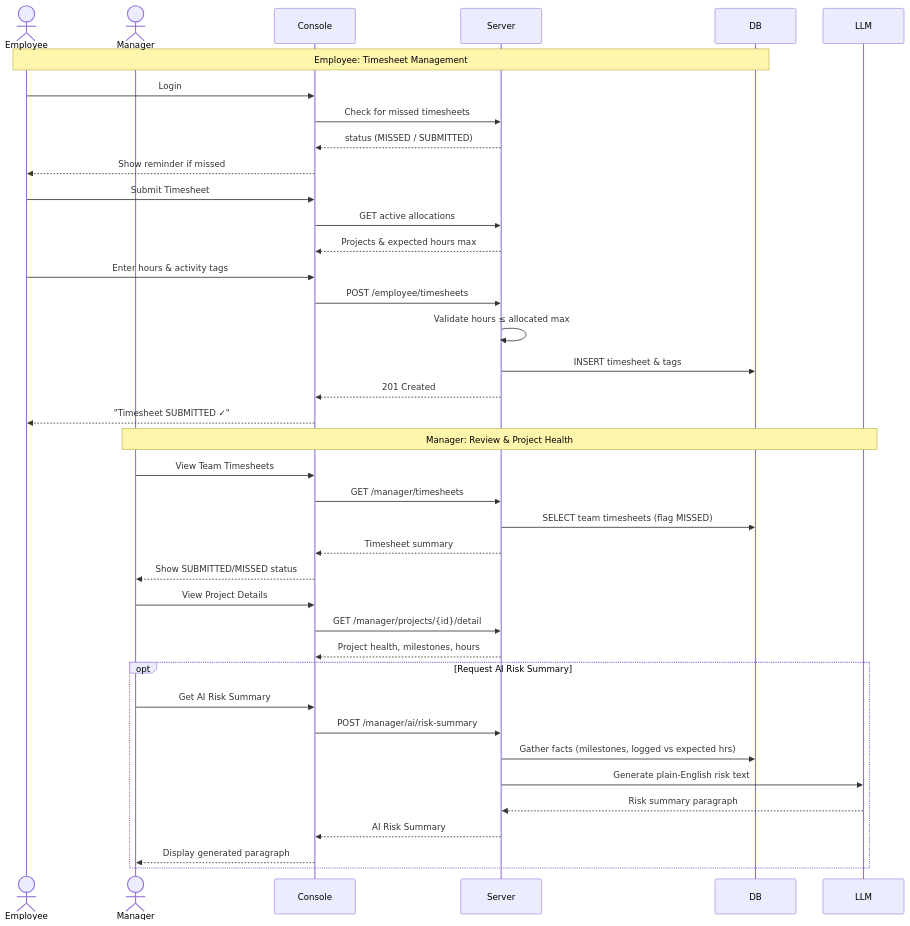
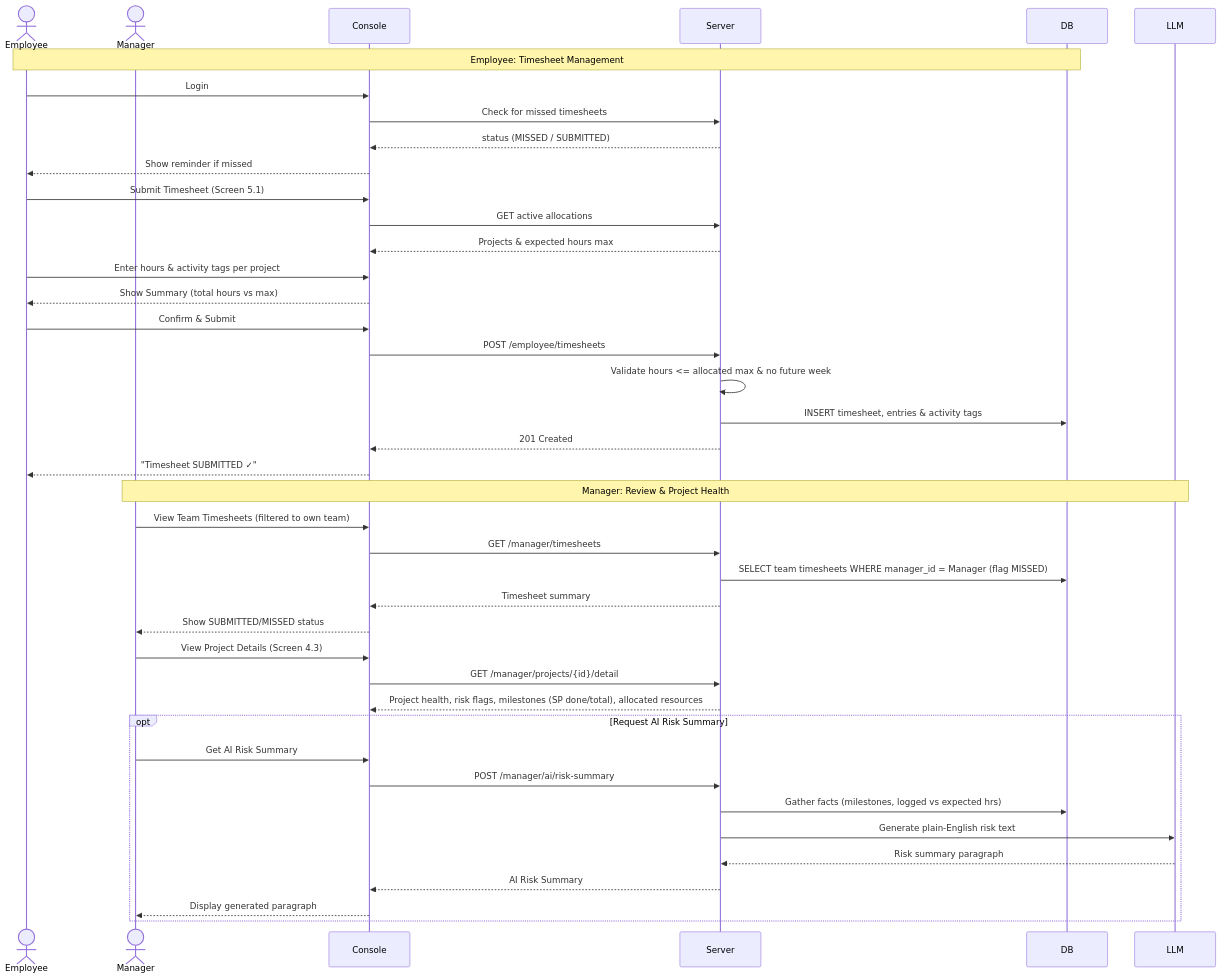
Before and after one commit to RiyaAmetaITT/Project-Resource-Management-tool: the fourth of 5 diagrams in UML Design/sequence_diagrams.md, drawn with Mermaid. The commit also changed other lines of this file and 4 other files, not shown here.

Commit message:
Updated the design diagrams

````diff
--- a/UML Design/sequence_diagrams.md
+++ b/UML Design/sequence_diagrams.md
@@ -151,46 +168,48 @@
 ```mermaid
 sequenceDiagram
     actor Employee
     actor Manager
     participant Console
     participant Server
     participant DB
     participant LLM
 
     Note over Employee,DB: Employee: Timesheet Management
     Employee->>Console: Login
     Console->>Server: Check for missed timesheets
     Server-->>Console: status (MISSED / SUBMITTED)
     Console-->>Employee: Show reminder if missed
 
-    Employee->>Console: Submit Timesheet
+    Employee->>Console: Submit Timesheet (Screen 5.1)
     Console->>Server: GET active allocations
     Server-->>Console: Projects & expected hours max
-    Employee->>Console: Enter hours & activity tags
+    Employee->>Console: Enter hours & activity tags per project
+    Console-->>Employee: Show Summary (total hours vs max)
+    Employee->>Console: Confirm & Submit
     Console->>Server: POST /employee/timesheets
-    Server->>Server: Validate hours ≤ allocated max
-    Server->>DB: INSERT timesheet & tags
+    Server->>Server: Validate hours <= allocated max & no future week
+    Server->>DB: INSERT timesheet, entries & activity tags
     Server-->>Console: 201 Created
     Console-->>Employee: "Timesheet SUBMITTED ✓"
 
     Note over Manager,LLM: Manager: Review & Project Health
-    Manager->>Console: View Team Timesheets
+    Manager->>Console: View Team Timesheets (filtered to own team)
     Console->>Server: GET /manager/timesheets
-    Server->>DB: SELECT team timesheets (flag MISSED)
+    Server->>DB: SELECT team timesheets WHERE manager_id = Manager (flag MISSED)
     Server-->>Console: Timesheet summary
     Console-->>Manager: Show SUBMITTED/MISSED status
-    
-    Manager->>Console: View Project Details
+
+    Manager->>Console: View Project Details (Screen 4.3)
     Console->>Server: GET /manager/projects/{id}/detail
-    Server-->>Console: Project health, milestones, hours
-    
+    Server-->>Console: Project health, risk flags, milestones (SP done/total), allocated resources
+
     opt Request AI Risk Summary
         Manager->>Console: Get AI Risk Summary
         Console->>Server: POST /manager/ai/risk-summary
         Server->>DB: Gather facts (milestones, logged vs expected hrs)
         Server->>LLM: Generate plain-English risk text
         LLM-->>Server: Risk summary paragraph
         Server-->>Console: AI Risk Summary
         Console-->>Manager: Display generated paragraph
     end
 ```
````
